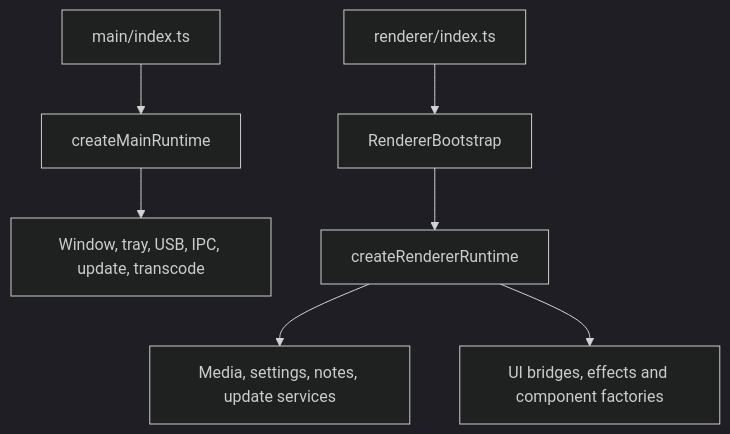
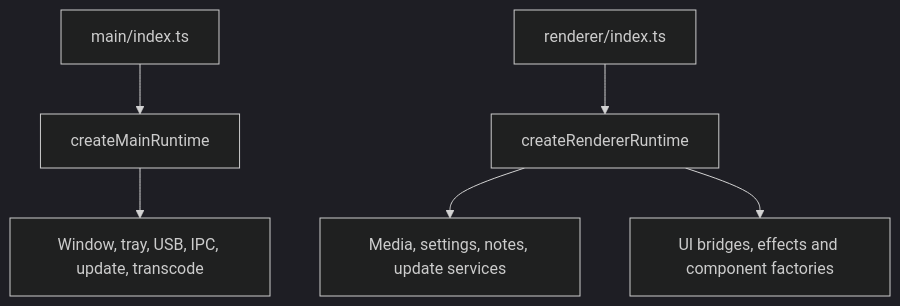
Before and after one commit to josstei/prismgb-app: the first of 4 diagrams in docs/architecture-diagrams.md, drawn with Mermaid (dark theme). The commit also changed other lines of this file and 78 other files, not shown here.

````diff
--- a/docs/architecture-diagrams.md
+++ b/docs/architecture-diagrams.md
@@ -9,9 +9,8 @@
 ```mermaid
 flowchart TD
   MainEntry["main/index.ts"] --> MainRuntime["createMainRuntime"]
   MainRuntime --> MainServices["Window, tray, USB, IPC, update, transcode"]
-  RendererEntry["renderer/index.ts"] --> RendererBootstrap
-  RendererBootstrap --> RendererRuntime["createRendererRuntime"]
+  RendererEntry["renderer/index.ts"] --> RendererRuntime["createRendererRuntime"]
   RendererRuntime --> Services["Media, settings, notes, update services"]
   RendererRuntime --> UI["UI bridges, effects and component factories"]
 ```
````
